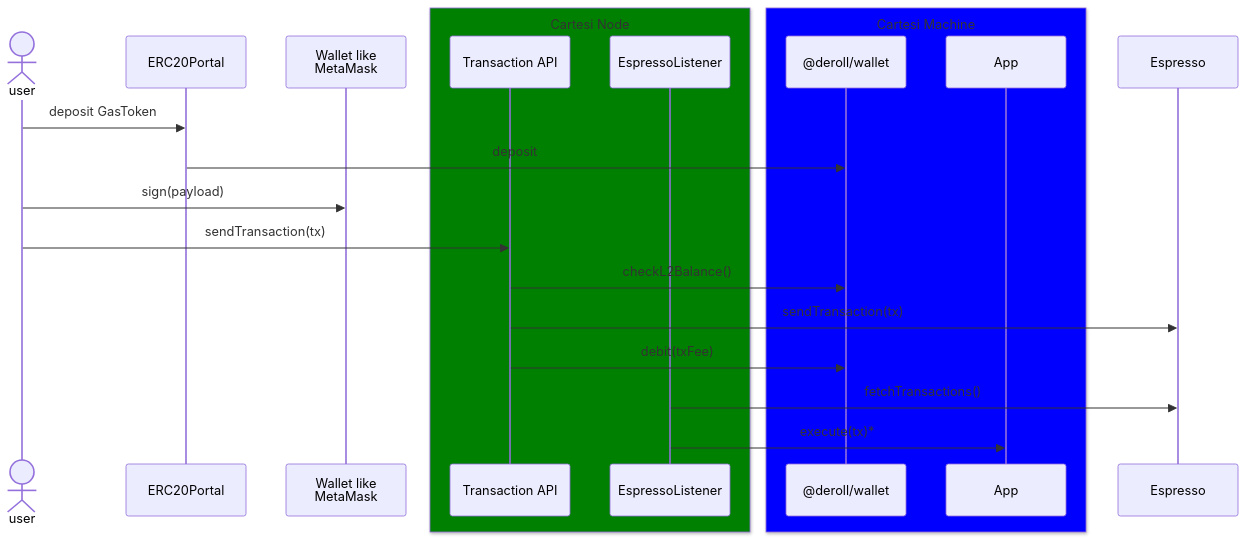
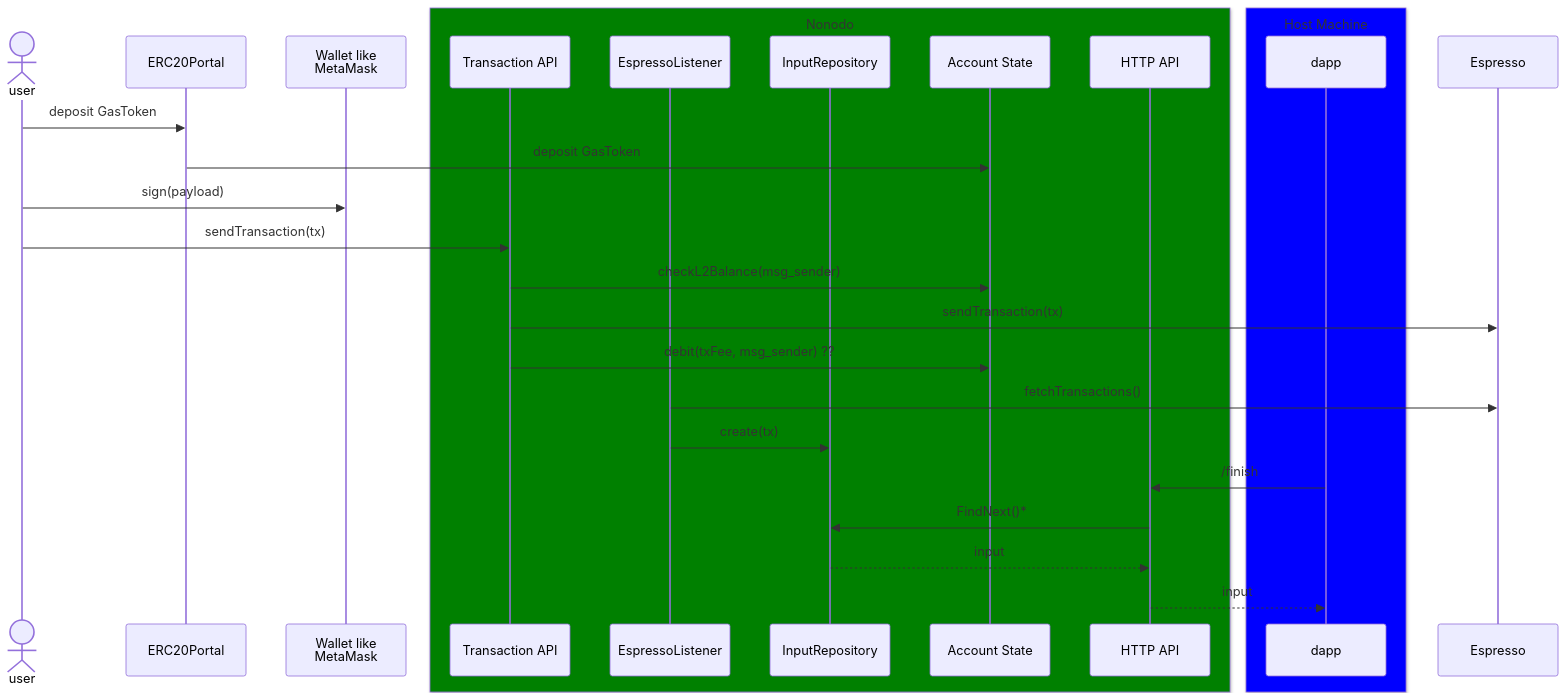
Before and after one commit to Calindra/nonodo: the first of 2 diagrams in docs/sequencer.md, drawn with Mermaid. The commit also changed other lines of this file, not shown here.

Commit message:
doc: espresso sequencer proposal

````diff
--- a/docs/sequencer.md
+++ b/docs/sequencer.md
@@ -7,24 +7,30 @@
 ```mermaid
 sequenceDiagram
     actor user
     participant ERC20Portal
     participant MetaMask as Wallet like<br>MetaMask
-    box Green Cartesi Node
+    box Green Nonodo
         participant TxAPI as Transaction API
         participant EspressoListener
+        participant InputRepository
+        participant CartesiBank as Account State
+        participant HTTP_API as HTTP API
     end
-    box Blue Cartesi Machine
-        participant CartesiBank as @deroll/wallet
-        participant App
+    box Blue Host Machine
+        participant App as dapp
     end
     participant Espresso
     user->>ERC20Portal: deposit GasToken
-    ERC20Portal->>CartesiBank: deposit
+    ERC20Portal->>CartesiBank: deposit GasToken
     user->>MetaMask: sign(payload)
     user->>TxAPI: sendTransaction(tx)
-    TxAPI->>CartesiBank: checkL2Balance()
+    TxAPI->>CartesiBank: checkL2Balance(msg_sender)
     TxAPI->>Espresso: sendTransaction(tx)
-    TxAPI->>CartesiBank: debit(txFee)
+    TxAPI->>CartesiBank: debit(txFee, msg_sender) ??
     EspressoListener->>Espresso: fetchTransactions()
-    EspressoListener->>App: execute(tx)*
+    EspressoListener->>InputRepository: create(tx)
+    App->>HTTP_API: /finish
+    HTTP_API->>InputRepository: FindNext()*
+    InputRepository-->>HTTP_API: input
+    HTTP_API-->>App: input
 ```
````
